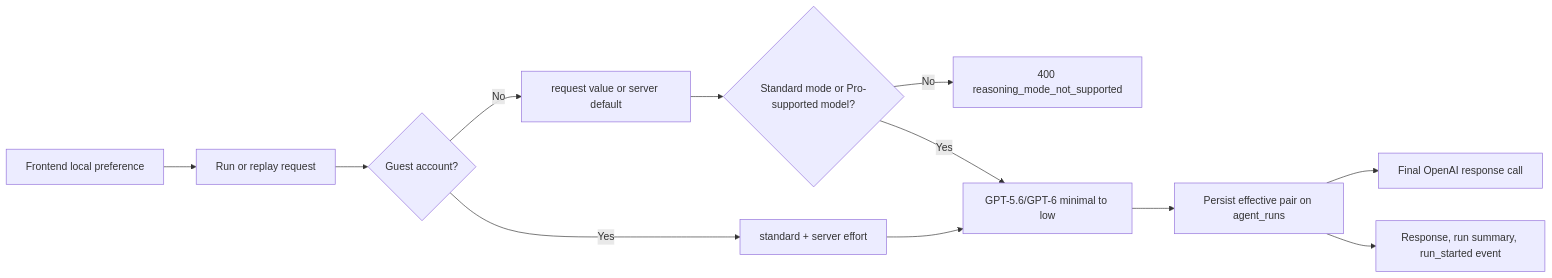
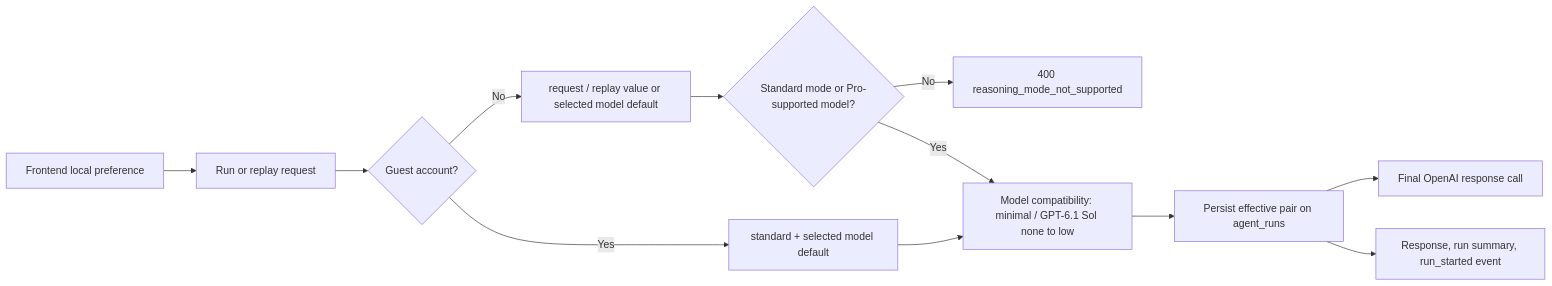
Before and after one commit to heecheon92/my-agents: the diagram in docs/product-chat-service/en/26-run-reasoning-preferences.md, drawn with Mermaid. The commit also changed other lines of this file and 51 other files, not shown here.

````diff
--- a/docs/product-chat-service/en/26-run-reasoning-preferences.md
+++ b/docs/product-chat-service/en/26-run-reasoning-preferences.md
@@ -9,14 +9,14 @@
 ```mermaid
 flowchart LR
     UI["Frontend local preference"] --> Request["Run or replay request"]
     Request --> Guest{"Guest account?"}
-    Guest -->|Yes| Fixed["standard + server effort"]
-    Guest -->|No| Resolve["request value or server default"]
+    Guest -->|Yes| Fixed["standard + selected model default"]
+    Guest -->|No| Resolve["request / replay value or selected model default"]
     Resolve --> Check{"Standard mode or Pro-supported model?"}
     Check -->|No| Error["400 reasoning_mode_not_supported"]
-    Check -->|Yes| Normalize["GPT-5.6/GPT-6 minimal to low"]
+    Check -->|Yes| Normalize["Model compatibility: minimal / GPT-6.1 Sol none to low"]
     Normalize --> Persist["Persist effective pair on agent_runs"]
     Fixed --> Normalize
     Persist --> Provider["Final OpenAI response call"]
     Persist --> Contract["Response, run summary, run_started event"]
 ```
````
